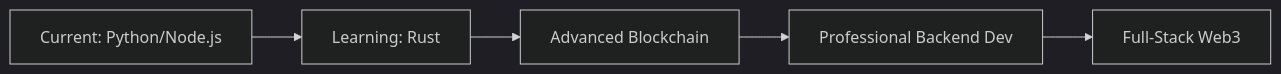
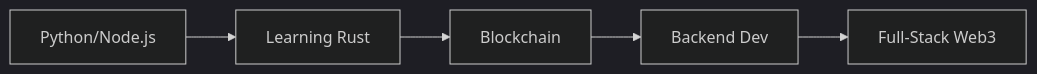
The diagram in README.md (Sterile-Gaming/Sterile-Gaming), drawn with Mermaid (dark theme) before and after one commit.

````diff
--- a/README.md
+++ b/README.md
@@ -75,7 +75,7 @@
 ```mermaid
 flowchart LR
-    A["Current: Python/Node.js"] --> B["Learning: Rust"]
-    B --> C["Advanced Blockchain"]
-    C --> D["Professional Backend Dev"]
+    A["Python/Node.js"] --> B["Learning Rust"]
+    B --> C["Blockchain"]
+    C --> D["Backend Dev"]
     D --> E["Full-Stack Web3"]
 ```
````
